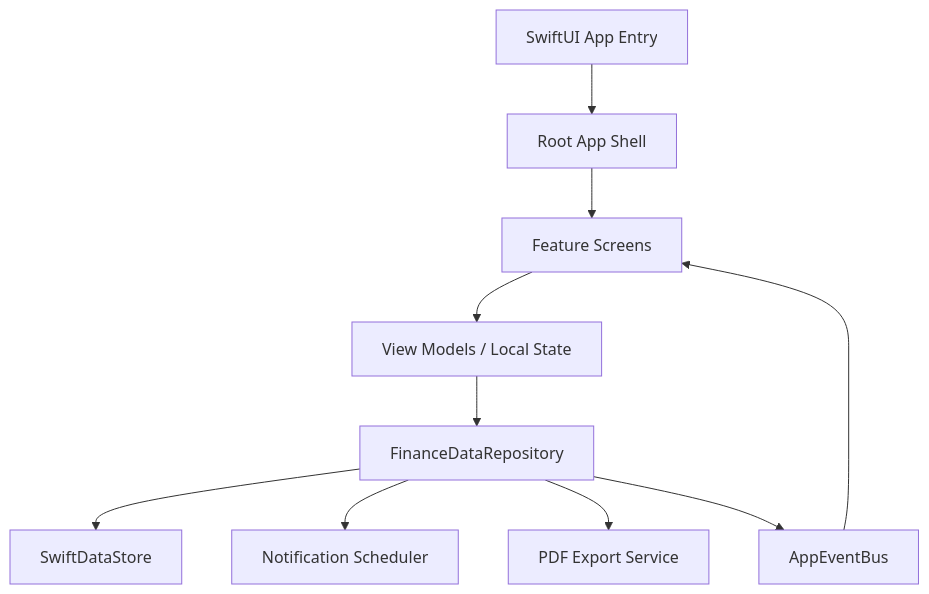
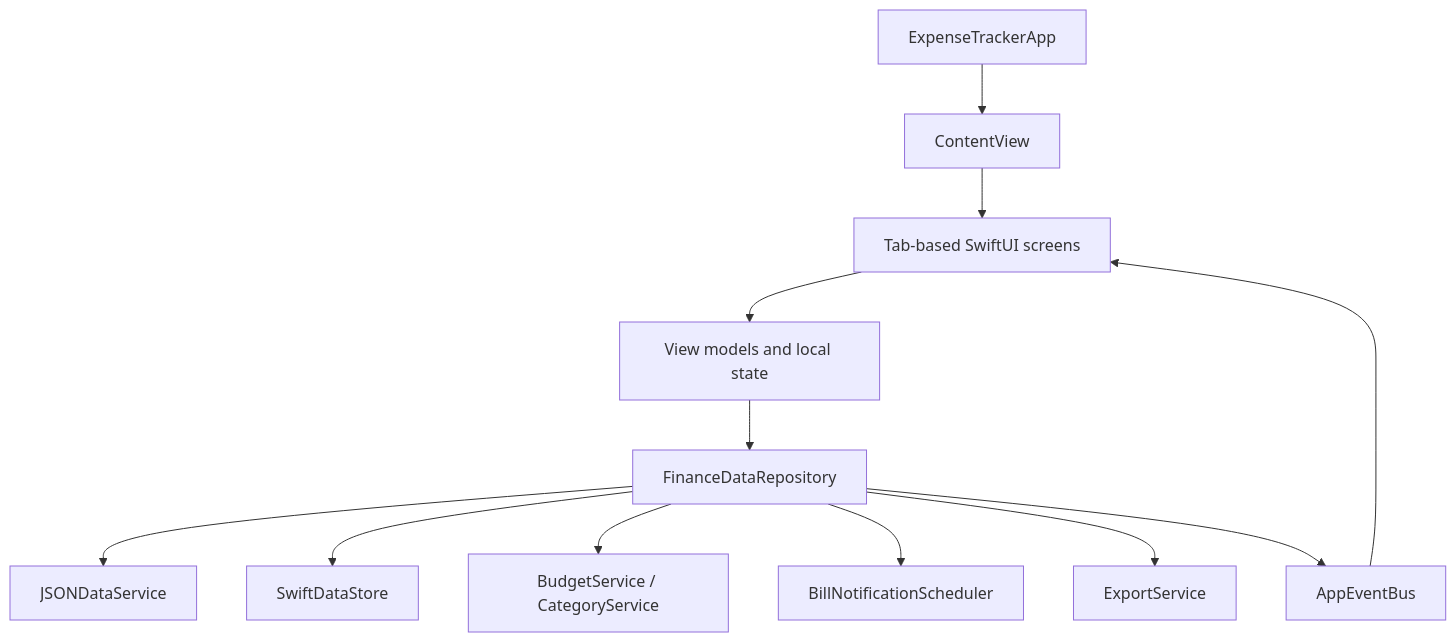
The third of 3 diagrams in README.md (Ashish-Langhe/Fintrax), drawn with Mermaid before and after one commit. The commit also changed other lines of this file, not shown here.

````diff
--- a/README.md
+++ b/README.md
@@ -358,12 +110,14 @@
 ```mermaid
 flowchart TD
-    A["SwiftUI App Entry"] --> B["Root App Shell"]
-    B --> C["Feature Screens"]
-    C --> D["View Models / Local State"]
+    A["ExpenseTrackerApp"] --> B["ContentView"]
+    B --> C["Tab-based SwiftUI screens"]
+    C --> D["View models and local state"]
     D --> E["FinanceDataRepository"]
-    E --> F["SwiftDataStore"]
-    E --> G["Notification Scheduler"]
-    E --> H["PDF Export Service"]
-    E --> I["AppEventBus"]
-    I --> C
+    E --> F["JSONDataService"]
+    E --> G["SwiftDataStore"]
+    E --> H["BudgetService / CategoryService"]
+    E --> I["BillNotificationScheduler"]
+    E --> J["ExportService"]
+    E --> K["AppEventBus"]
+    K --> C
 ```
````
